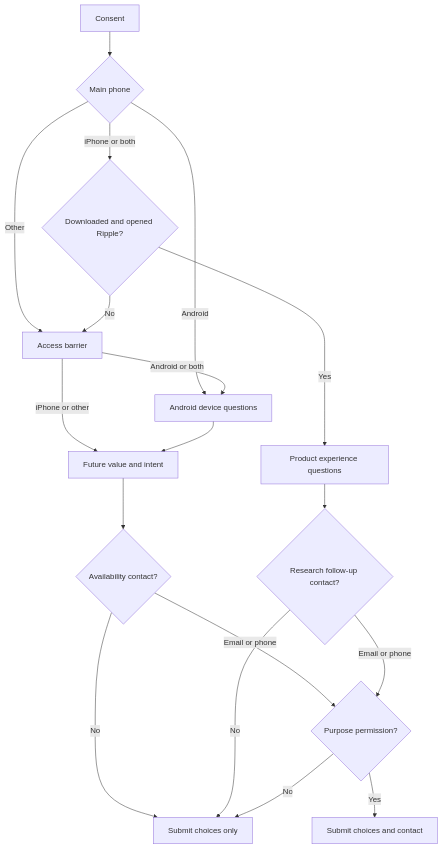
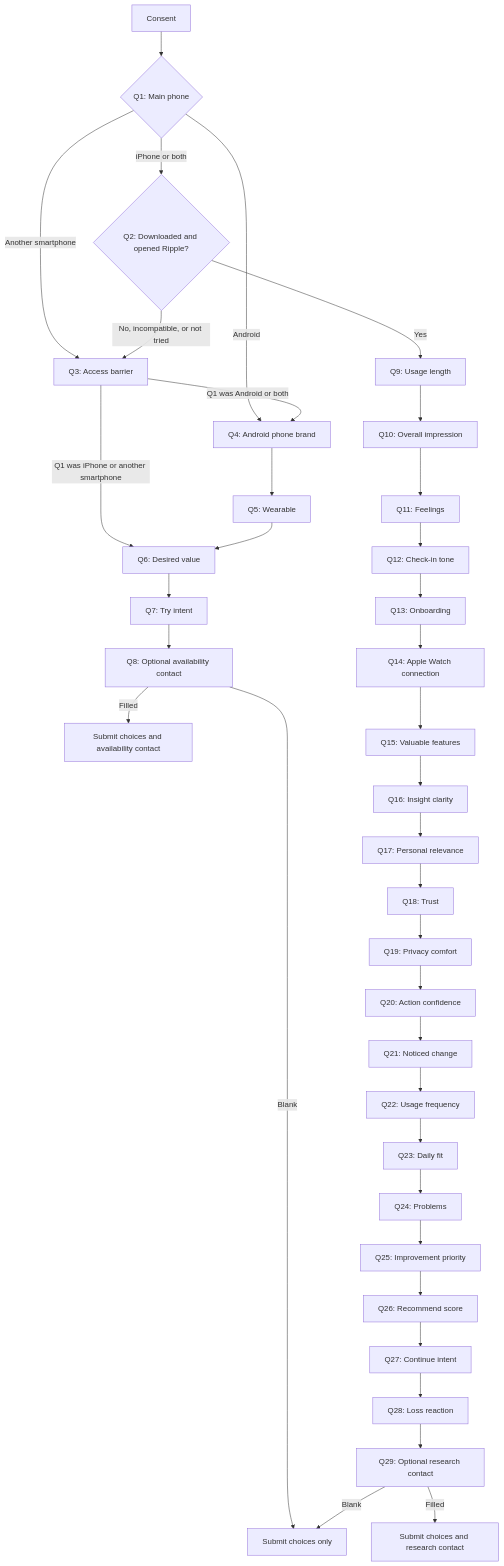
One commit to Monika-12138/oc-survey changed the diagram in ripple/FLOW.md. Above: the diagram before and after it, drawn with Mermaid. The commit also changed other lines of this file and 3 other files, not shown here.

First line of the commit message:
Refine Ripple survey flow and experience questions (#3)

````diff
--- a/ripple/FLOW.md
+++ b/ripple/FLOW.md
@@ -135,20 +129,41 @@
 ```mermaid
 flowchart TD
-  A[Consent] --> B{Main phone}
-  B -->|Android| D[Android device questions]
-  B -->|iPhone or both| C{Downloaded and opened Ripple?}
-  B -->|Other| E[Access barrier]
-  C -->|Yes| P[Product experience questions]
-  C -->|No| E
-  E -->|Android or both| D
-  E -->|iPhone or other| F[Future value and intent]
-  D --> F
-  F --> G{Availability contact?}
-  P --> H{Research follow-up contact?}
-  G -->|No| S[Submit choices only]
-  H -->|No| S
-  G -->|Email or phone| I{Purpose permission?}
-  H -->|Email or phone| I
-  I -->|Yes| J[Submit choices and contact]
-  I -->|No| S
+  A[Consent] --> Q1{Q1: Main phone}
+  Q1 -->|Android| Q4[Q4: Android phone brand]
+  Q1 -->|iPhone or both| Q2{Q2: Downloaded and opened Ripple?}
+  Q1 -->|Another smartphone| Q3[Q3: Access barrier]
+
+  Q2 -->|Yes| Q9[Q9: Usage length]
+  Q2 -->|No, incompatible, or not tried| Q3
+  Q3 -->|Q1 was Android or both| Q4
+  Q3 -->|Q1 was iPhone or another smartphone| Q6[Q6: Desired value]
+  Q4 --> Q5[Q5: Wearable]
+  Q5 --> Q6
+  Q6 --> Q7[Q7: Try intent]
+  Q7 --> Q8[Q8: Optional availability contact]
+  Q8 -->|Filled| AC[Submit choices and availability contact]
+  Q8 -->|Blank| AS[Submit choices only]
+
+  Q9 --> Q10[Q10: Overall impression]
+  Q10 --> Q11[Q11: Feelings]
+  Q11 --> Q12[Q12: Check-in tone]
+  Q12 --> Q13[Q13: Onboarding]
+  Q13 --> Q14[Q14: Apple Watch connection]
+  Q14 --> Q15[Q15: Valuable features]
+  Q15 --> Q16[Q16: Insight clarity]
+  Q16 --> Q17[Q17: Personal relevance]
+  Q17 --> Q18[Q18: Trust]
+  Q18 --> Q19[Q19: Privacy comfort]
+  Q19 --> Q20[Q20: Action confidence]
+  Q20 --> Q21[Q21: Noticed change]
+  Q21 --> Q22[Q22: Usage frequency]
+  Q22 --> Q23[Q23: Daily fit]
+  Q23 --> Q24[Q24: Problems]
+  Q24 --> Q25[Q25: Improvement priority]
+  Q25 --> Q26[Q26: Recommend score]
+  Q26 --> Q27[Q27: Continue intent]
+  Q27 --> Q28[Q28: Loss reaction]
+  Q28 --> Q29[Q29: Optional research contact]
+  Q29 -->|Filled| RC[Submit choices and research contact]
+  Q29 -->|Blank| AS
 ```
````
